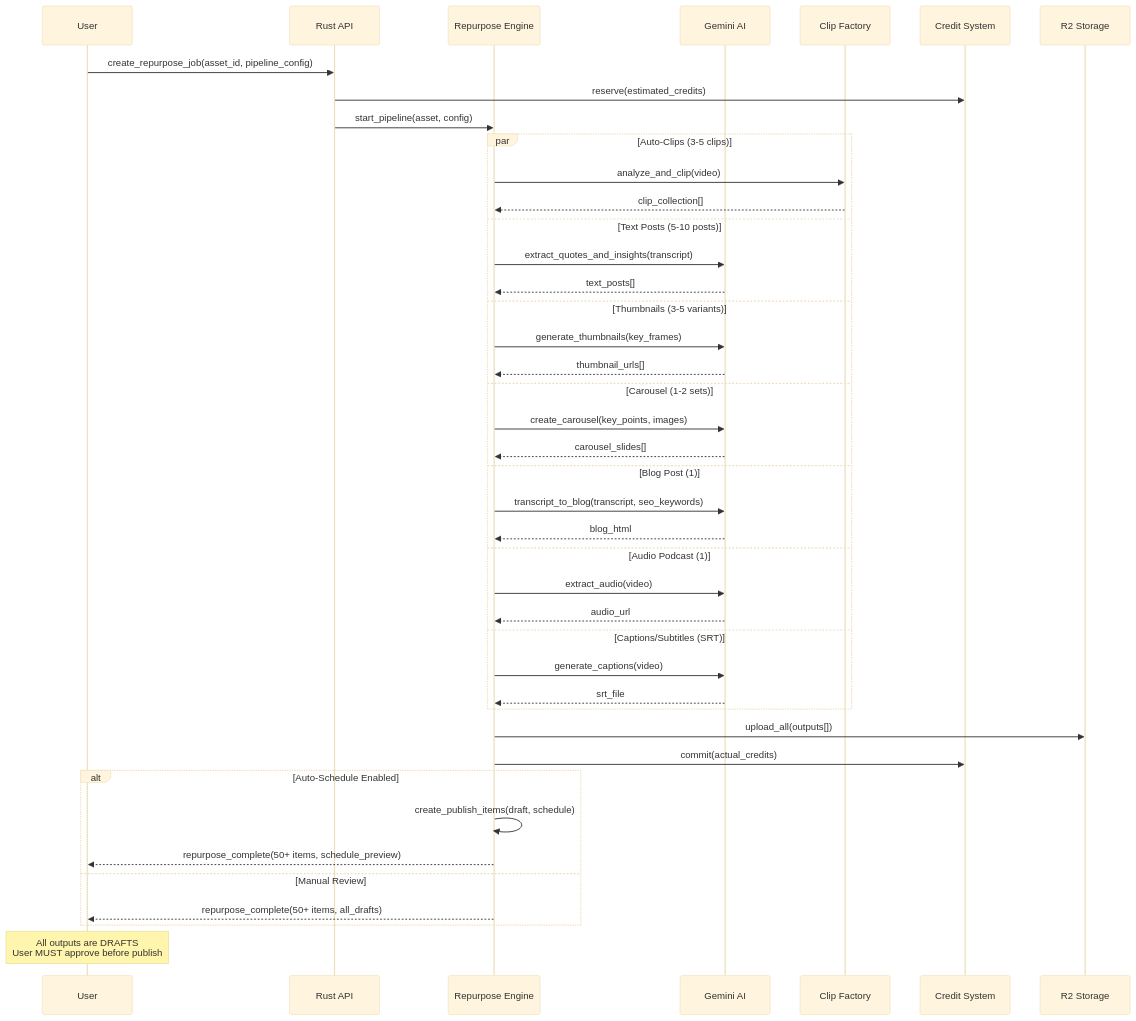
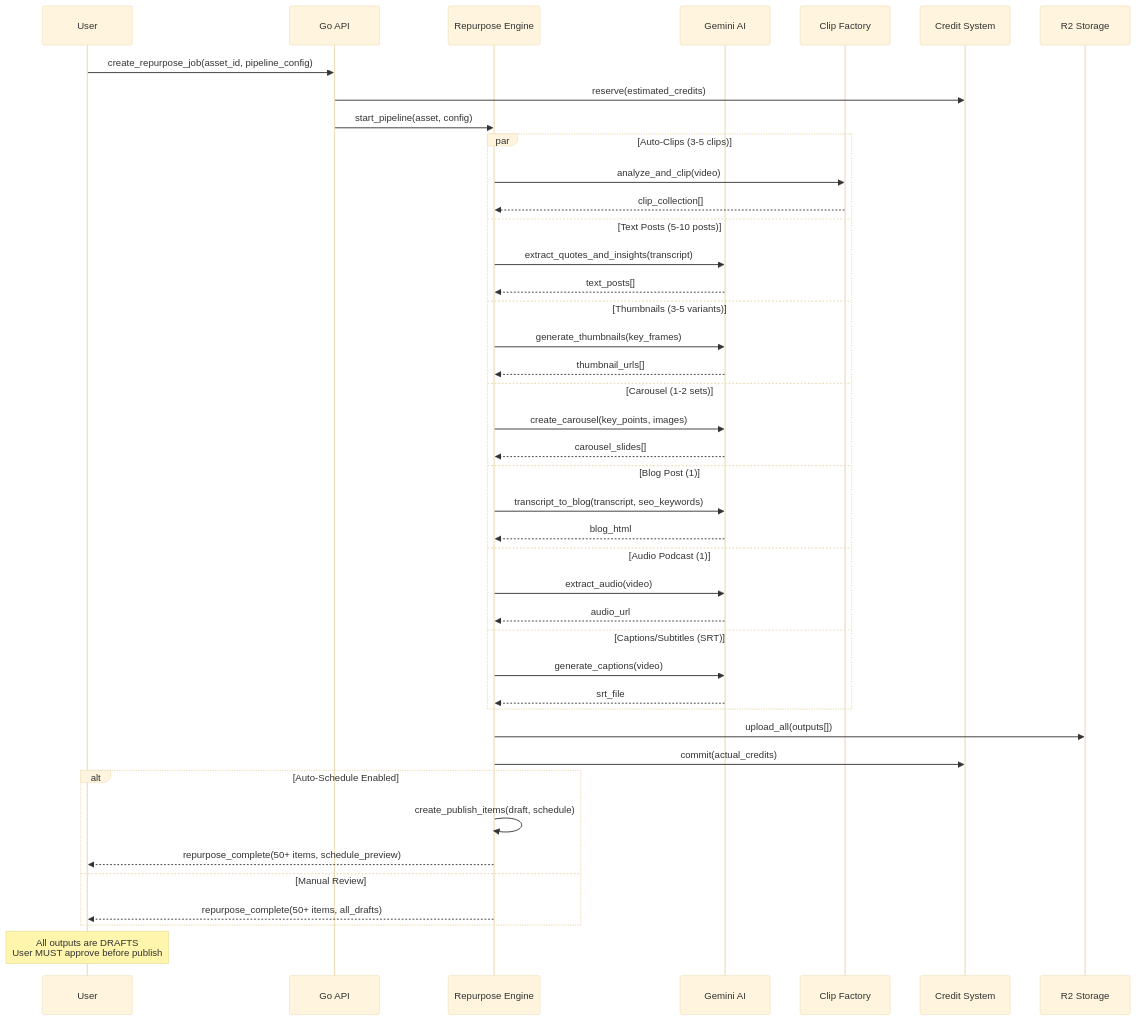
Diagram 12 of 12 in docs/05_system/sequence_diagrams.md (quantm-zeus/creativanta), drawn with Mermaid (base theme) before and after one commit. The commit also changed other lines of this file and 51 other files, not shown here.

````diff
--- a/docs/05_system/sequence_diagrams.md
+++ b/docs/05_system/sequence_diagrams.md
@@ -473,49 +474,49 @@
 ```mermaid
 sequenceDiagram
     participant User
-    participant API as Rust API
+    participant API as Go API
     participant Repurpose as Repurpose Engine
     participant AI as Gemini AI
     participant ClipEngine as Clip Factory
     participant Credits as Credit System
     participant Storage as R2 Storage
 
     User->>API: create_repurpose_job(asset_id, pipeline_config)
     API->>Credits: reserve(estimated_credits)
     API->>Repurpose: start_pipeline(asset, config)
 
     par Auto-Clips (3-5 clips)
         Repurpose->>ClipEngine: analyze_and_clip(video)
         ClipEngine-->>Repurpose: clip_collection[]
     and Text Posts (5-10 posts)
         Repurpose->>AI: extract_quotes_and_insights(transcript)
         AI-->>Repurpose: text_posts[]
     and Thumbnails (3-5 variants)
         Repurpose->>AI: generate_thumbnails(key_frames)
         AI-->>Repurpose: thumbnail_urls[]
     and Carousel (1-2 sets)
         Repurpose->>AI: create_carousel(key_points, images)
         AI-->>Repurpose: carousel_slides[]
     and Blog Post (1)
         Repurpose->>AI: transcript_to_blog(transcript, seo_keywords)
         AI-->>Repurpose: blog_html
     and Audio Podcast (1)
         Repurpose->>AI: extract_audio(video)
         AI-->>Repurpose: audio_url
     and Captions/Subtitles (SRT)
         Repurpose->>AI: generate_captions(video)
         AI-->>Repurpose: srt_file
     end
 
     Repurpose->>Storage: upload_all(outputs[])
     Repurpose->>Credits: commit(actual_credits)
 
     alt Auto-Schedule Enabled
         Repurpose->>Repurpose: create_publish_items(draft, schedule)
         Repurpose-->>User: repurpose_complete(50+ items, schedule_preview)
     else Manual Review
         Repurpose-->>User: repurpose_complete(50+ items, all_drafts)
     end
 
     Note over User: All outputs are DRAFTS<br/>User MUST approve before publish
 ```
````
